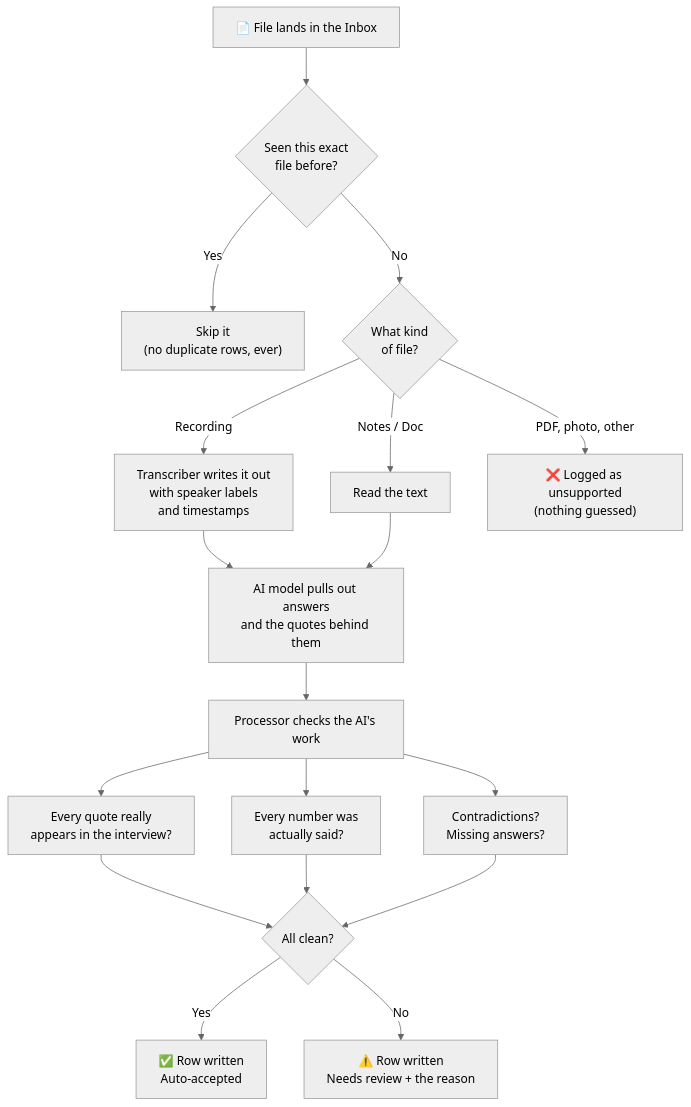
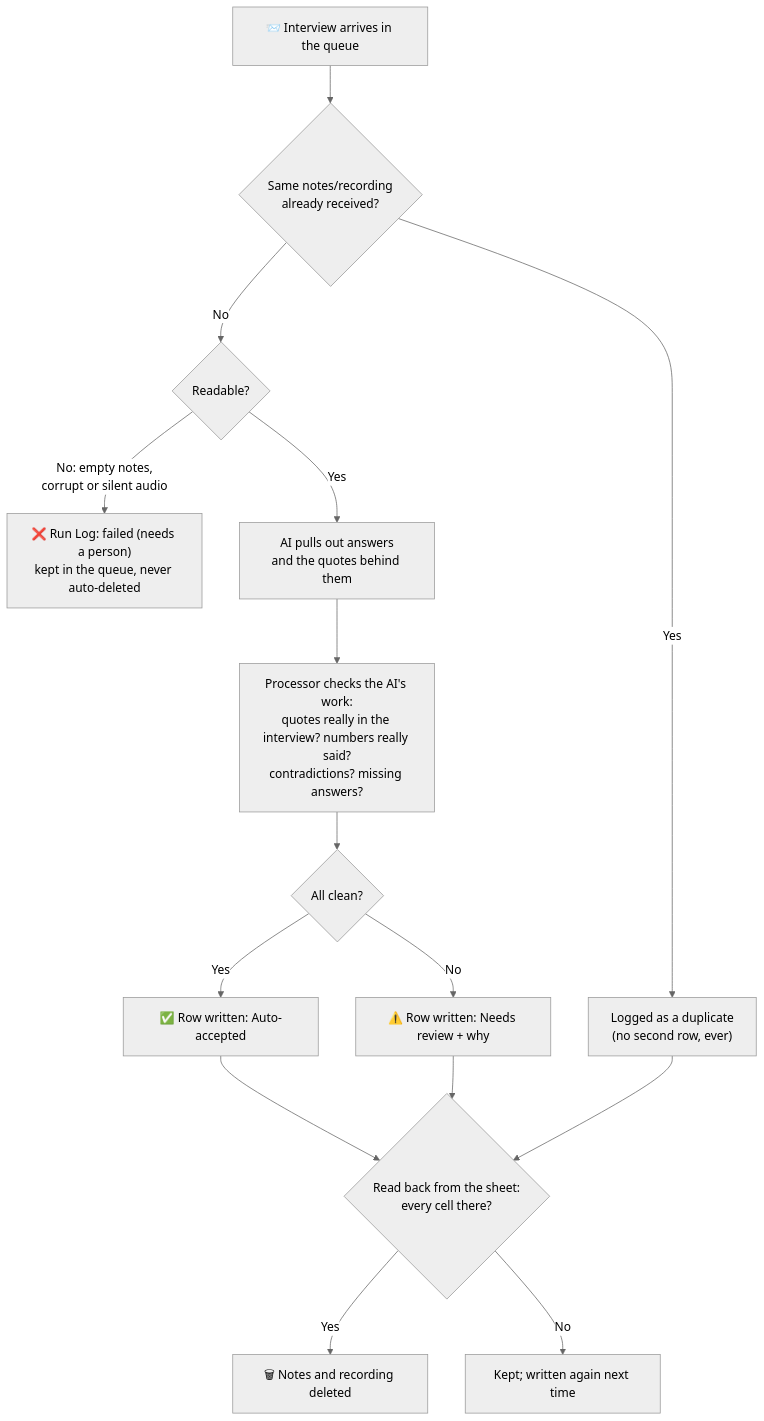
The third of 3 diagrams in README.md (G-Eskayo/slopecycle-interview-agent), drawn with Mermaid (neutral theme) before and after one commit. The commit also changed other lines of this file and 7 other files, not shown here.

First line of the commit message:
Docs v2: README with event-driven diagrams and Send app, teammate guide, design, demo, test results

````diff
--- a/README.md
+++ b/README.md
@@ -57,18 +88,15 @@
 ```mermaid
 flowchart TD
-    A["📄 File lands in the Inbox"] --> B{"Seen this exact<br/>file before?"}
-    B -->|"Yes"| B1["Skip it<br/>(no duplicate rows, ever)"]
-    B -->|"No"| C{"What kind<br/>of file?"}
-    C -->|"Recording"| D["Transcriber writes it out<br/>with speaker labels<br/>and timestamps"]
-    C -->|"Notes / Doc"| E["Read the text"]
-    C -->|"PDF, photo, other"| X["❌ Logged as unsupported<br/>(nothing guessed)"]
-    D --> F["AI model pulls out answers<br/>and the quotes behind them"]
-    E --> F
-    F --> G["Processor checks the AI's work"]
-    G --> G1["Every quote really<br/>appears in the interview?"]
-    G --> G2["Every number was<br/>actually said?"]
-    G --> G3["Contradictions?<br/>Missing answers?"]
-    G1 & G2 & G3 --> H{"All clean?"}
-    H -->|"Yes"| I["✅ Row written<br/>Auto-accepted"]
-    H -->|"No"| J["⚠️ Row written<br/>Needs review + the reason"]
+    A["📨 Interview arrives in the queue"] --> B{"Same notes/recording<br/>already received?"}
+    B -->|"Yes"| B1["Logged as a duplicate<br/>(no second row, ever)"]
+    B -->|"No"| C{"Readable?"}
+    C -->|"No: empty notes,<br/>corrupt or silent audio"| X["❌ Run Log: failed (needs a person)<br/>kept in the queue, never auto-deleted"]
+    C -->|"Yes"| F["AI pulls out answers<br/>and the quotes behind them"]
+    F --> G["Processor checks the AI's work:<br/>quotes really in the interview? numbers really said?<br/>contradictions? missing answers?"]
+    G --> H{"All clean?"}
+    H -->|"Yes"| I["✅ Row written: Auto-accepted"]
+    H -->|"No"| J["⚠️ Row written: Needs review + why"]
+    I & J & B1 --> V{"Read back from the sheet:<br/>every cell there?"}
+    V -->|"Yes"| D["🗑 Notes and recording deleted"]
+    V -->|"No"| R["Kept; written again next time"]
 ```
````
